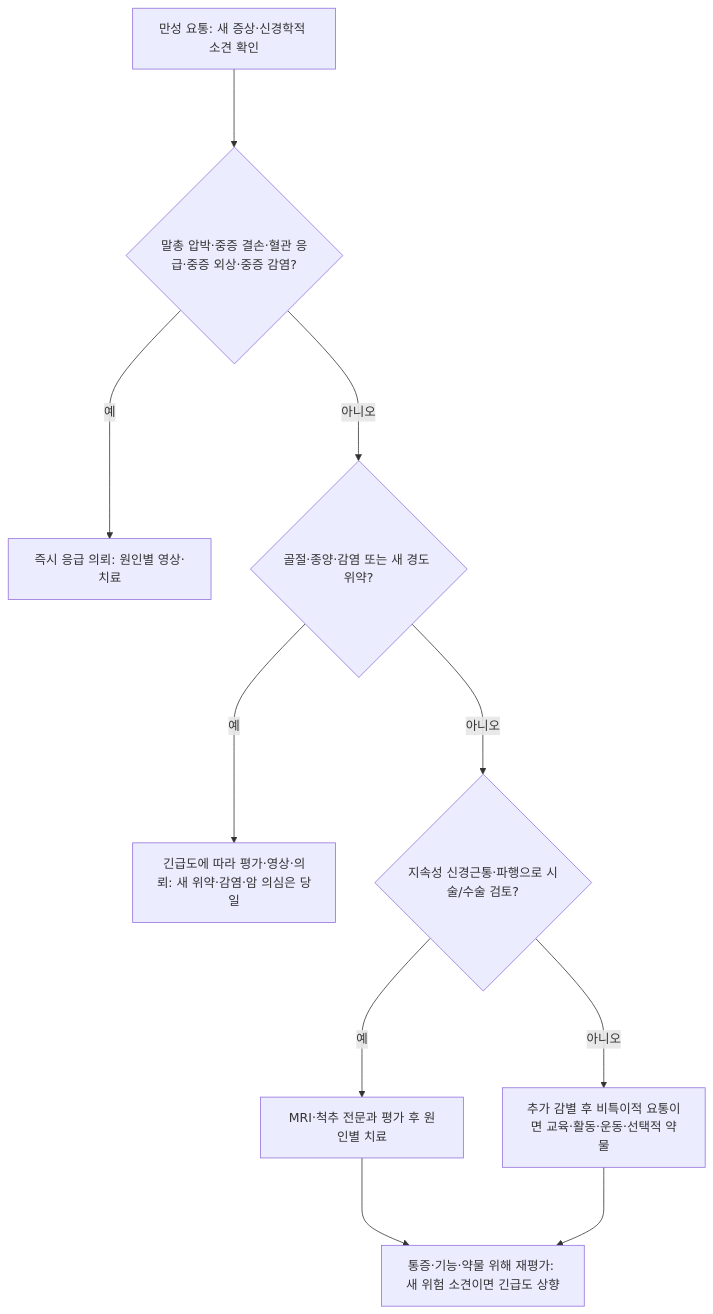
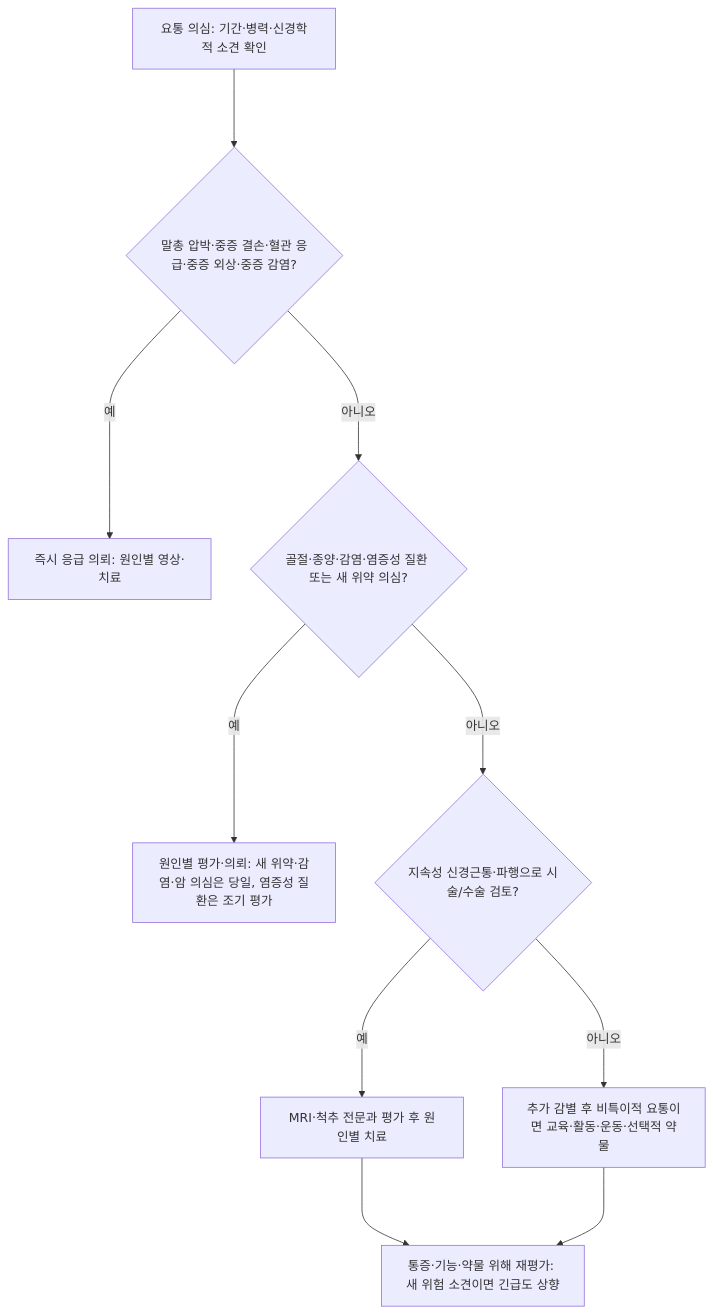
The diagram in 228_/137_-lower-back-pain.md (familyoh77/familyoh77), drawn with Mermaid before and after one commit. The commit also changed other lines of this file and 9 other files, not shown here.

````diff
--- a/228_/137_-lower-back-pain.md
+++ b/228_/137_-lower-back-pain.md
@@ -183,12 +191,12 @@
 ```mermaid
 flowchart TD
-    A["만성 요통: 새 증상·신경학적 소견 확인"] ---> B{"말총 압박·중증 결손·혈관 응급·중증 외상·중증 감염?"}
+    A["요통 의심: 기간·병력·신경학적 소견 확인"] ---> B{"말총 압박·중증 결손·혈관 응급·중증 외상·중증 감염?"}
     B --->|예| C["즉시 응급 의뢰: 원인별 영상·치료"]
-    B --->|아니오| D{"골절·종양·감염 또는 새 경도 위약?"}
-    D --->|예| E["긴급도에 따라 평가·영상·의뢰: 새 위약·감염·암 의심은 당일"]
+    B --->|아니오| D{"골절·종양·감염·염증성 질환 또는 새 위약 의심?"}
+    D --->|예| E["원인별 평가·의뢰: 새 위약·감염·암 의심은 당일, 염증성 질환은 조기 평가"]
     D --->|아니오| F{"지속성 신경근통·파행으로 시술/수술 검토?"}
     F --->|예| G["MRI·척추 전문과 평가 후 원인별 치료"]
     F --->|아니오| H["추가 감별 후 비특이적 요통이면 교육·활동·운동·선택적 약물"]
     G ---> I
     H ---> I["통증·기능·약물 위해 재평가: 새 위험 소견이면 긴급도 상향"]
 ```
````
